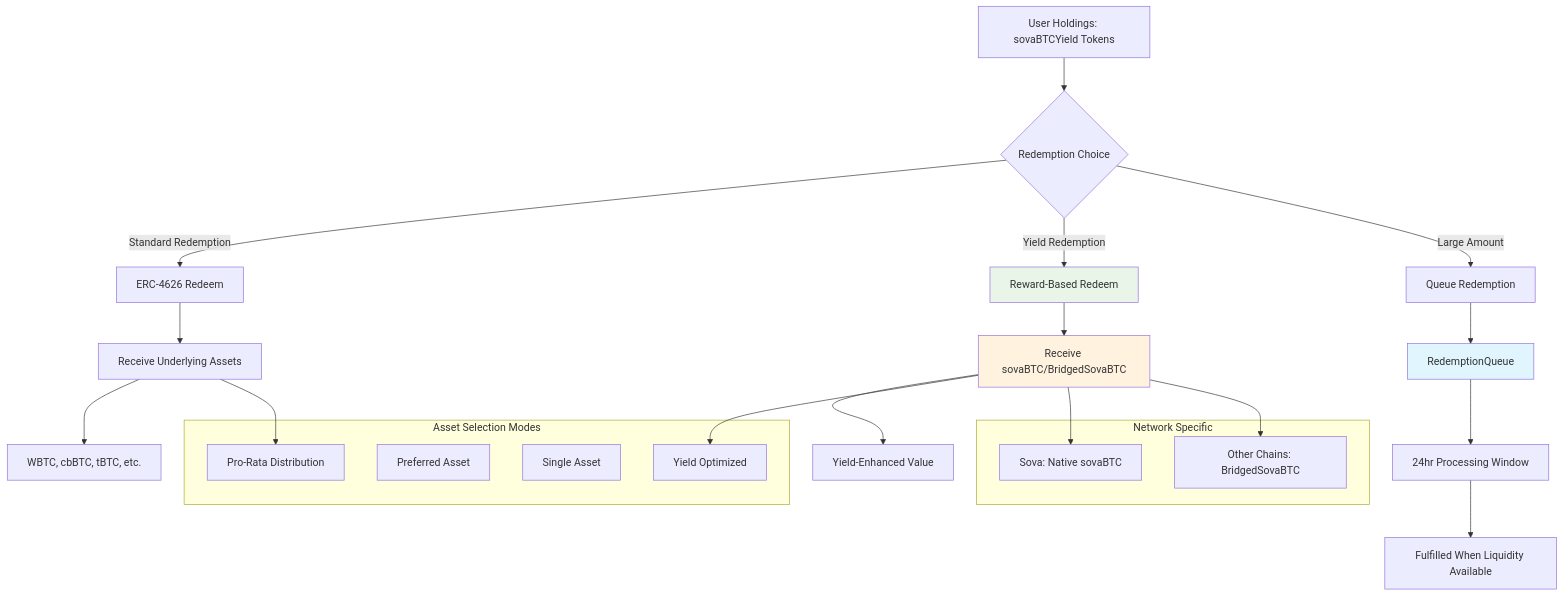
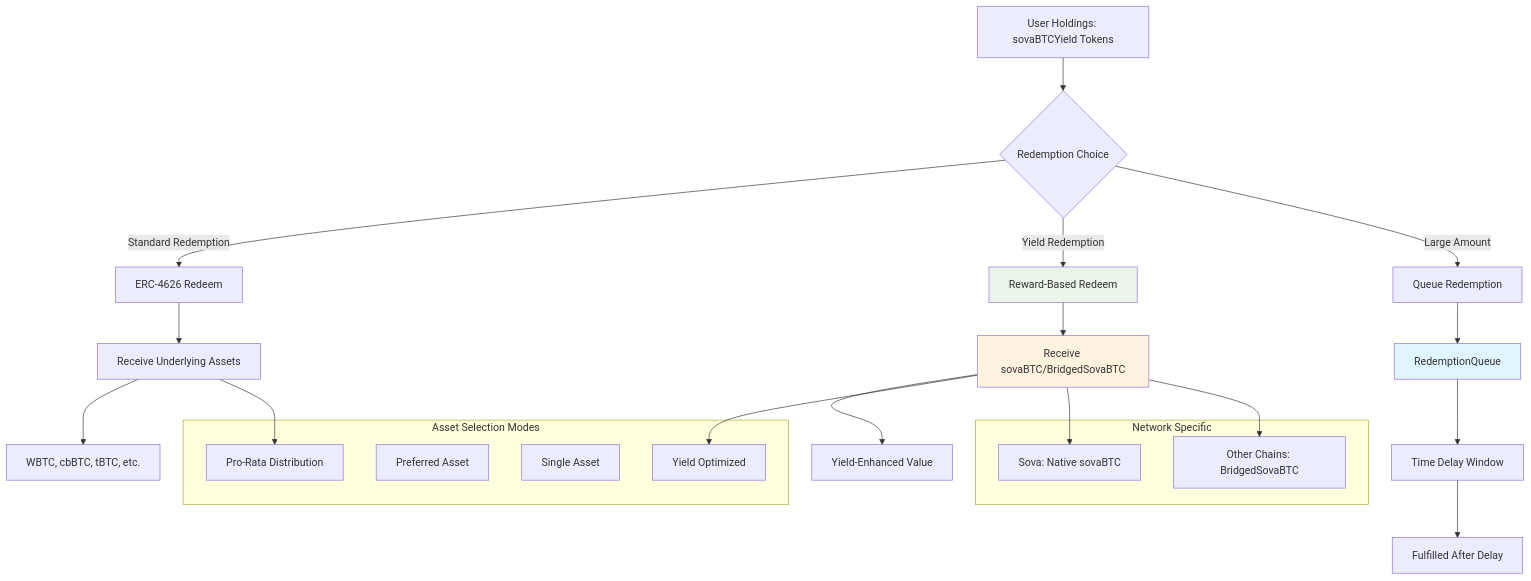
Before and after one commit to SovaNetwork/sovabtc-yield: the diagram in docs/redemption-system.md, drawn with Mermaid. The commit also changed other lines of this file and 7 other files, not shown here.

````diff
--- a/docs/redemption-system.md
+++ b/docs/redemption-system.md
@@ -33,40 +30,40 @@
 ```mermaid
 graph TD
     A[User Holdings: sovaBTCYield Tokens] --> B{Redemption Choice}
     
     B -->|Standard Redemption| C[ERC-4626 Redeem]
     B -->|Yield Redemption| D[Reward-Based Redeem]
     B -->|Large Amount| E[Queue Redemption]
     
     C --> F[Receive Underlying Assets]
     F --> G[WBTC, cbBTC, tBTC, etc.]
     
     D --> H[Receive sovaBTC/BridgedSovaBTC]
     H --> I[Yield-Enhanced Value]
     
     E --> J[RedemptionQueue]
-    J --> K[24hr Processing Window]
-    K --> L[Fulfilled When Liquidity Available]
+    J --> K[Time Delay Window]
+    K --> L[Fulfilled After Delay]
     
     subgraph "Asset Selection Modes"
         M[Pro-Rata Distribution]
         N[Preferred Asset]
         O[Single Asset]
         P[Yield Optimized]
     end
     
     F --> M
     H --> P
     
     subgraph "Network Specific"
         Q[Sova: Native sovaBTC]
         R[Other Chains: BridgedSovaBTC]
     end
     
     H --> Q
     H --> R
     
     style D fill:#e8f5e8
     style H fill:#fff3e0
     style J fill:#e1f5fe
 ```
````
